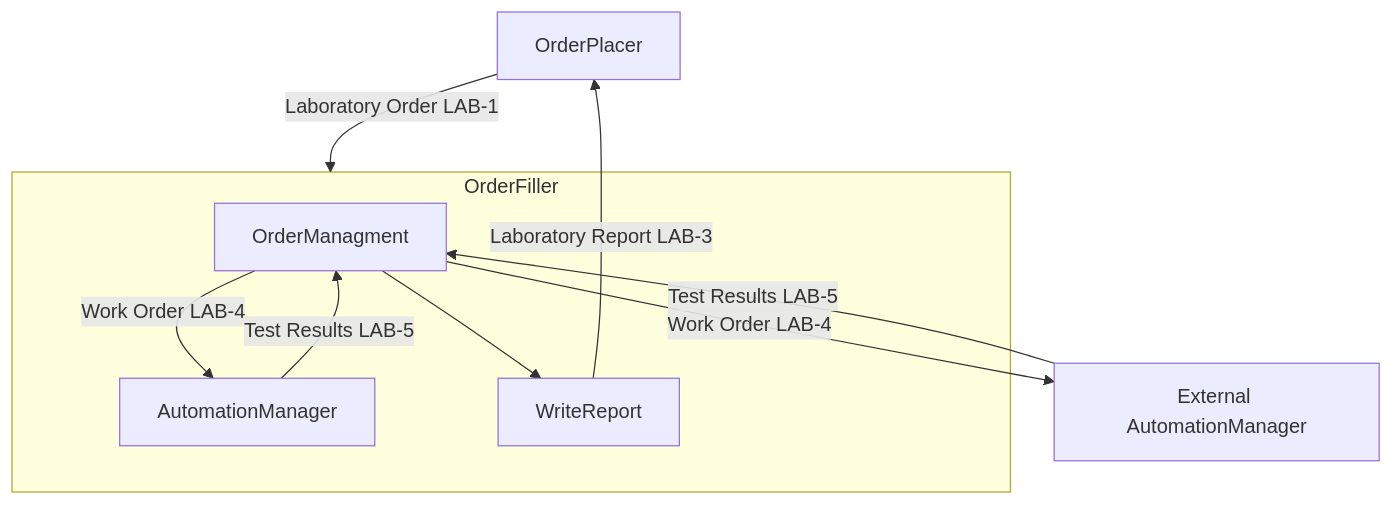
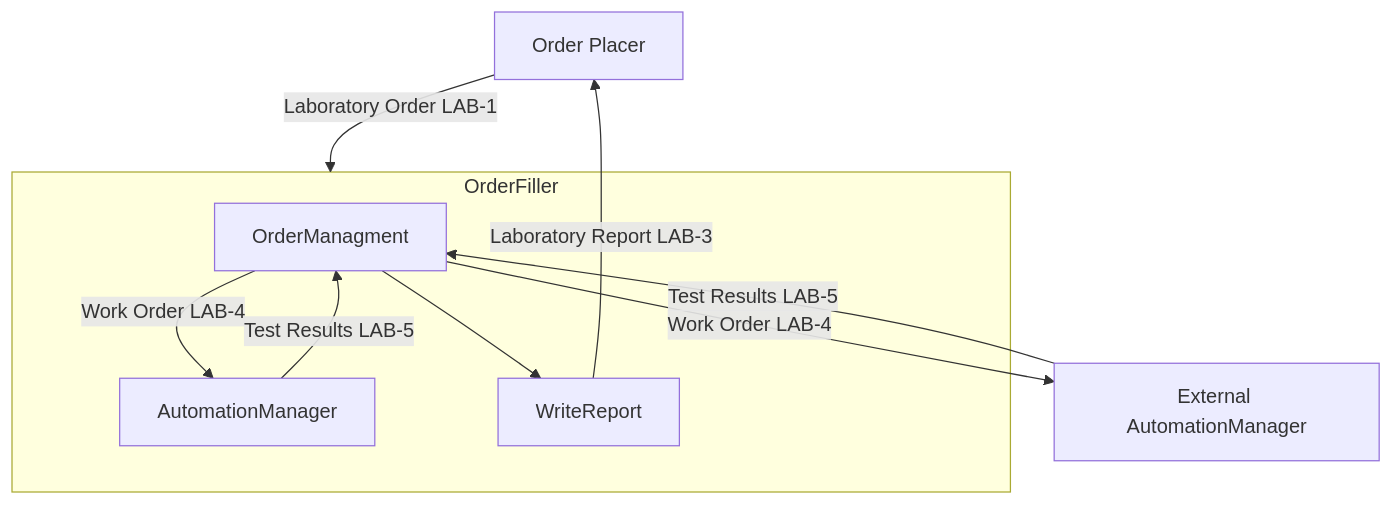
Before and after one commit to nw-gmsa/nw-gmsa.github.com: diagram 11 of 15 in input/pagecontent/LTW.md, drawn with Mermaid. The commit also changed other lines of this file and 18 other files, not shown here.

````diff
--- a/input/pagecontent/LTW.md
+++ b/input/pagecontent/LTW.md
@@ -420,27 +417,27 @@
 ```mermaid
 graph TD;
 
-    OrderPlacer
+    OrderPlacer[Order Placer]
 
     subgraph OrderFiller;
         
         OrderManagment --> |Work Order LAB-4| AutomationManager
         AutomationManager --> |Test Results LAB-5| OrderManagment 
         OrderManagment --> WriteReport
     end
 
     ExtOrderPlacer[External AutomationManager] 
     OrderManagment --> |"Work Order LAB-4"| ExtOrderPlacer
     ExtOrderPlacer --> |Test Results LAB-5| OrderManagment 
 
     OrderPlacer --> |Laboratory Order LAB-1| OrderFiller
     WriteReport --> |Laboratory Report LAB-3| OrderPlacer
 
     classDef purple fill:#E1D5E7;
 
     classDef yellow fill:#FFF2CC;
     classDef pink fill:#F8CECC
     classDef green fill:#D5E8D4;
     classDef blue fill:#DAE8FC;
     classDef orange fill:#FFE6CC;
 ```
````
